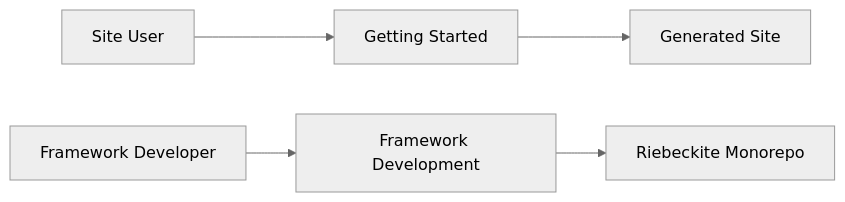
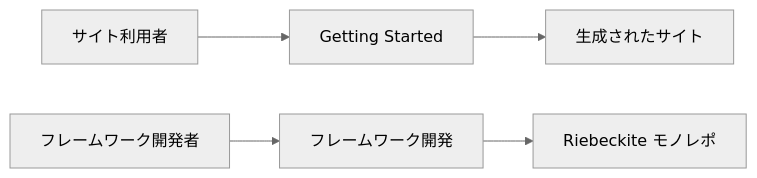
Before and after one commit to Rerurate514/riebeckite: the sixth of 6 diagrams in docs/docs/framework/development.ja.md, drawn with Mermaid (neutral theme). The commit also changed other lines of this file and 310 other files, not shown here.

````diff
--- a/docs/docs/framework/development.ja.md
+++ b/docs/docs/framework/development.ja.md
@@ -319,13 +294,13 @@
 ```mermaid id="3iq2qx"
 flowchart LR
-    User["Site User"]
+    User["サイト利用者"]
     Getting["Getting Started"]
-    Site["Generated Site"]
+    Site["生成されたサイト"]
 
-    Dev["Framework Developer"]
-    Framework["Framework Development"]
-    Repo["Riebeckite Monorepo"]
+    Dev["フレームワーク開発者"]
+    Framework["フレームワーク開発"]
+    Repo["Riebeckite モノレポ"]
 
     User --> Getting --> Site
     Dev --> Framework --> Repo
 ```
````
